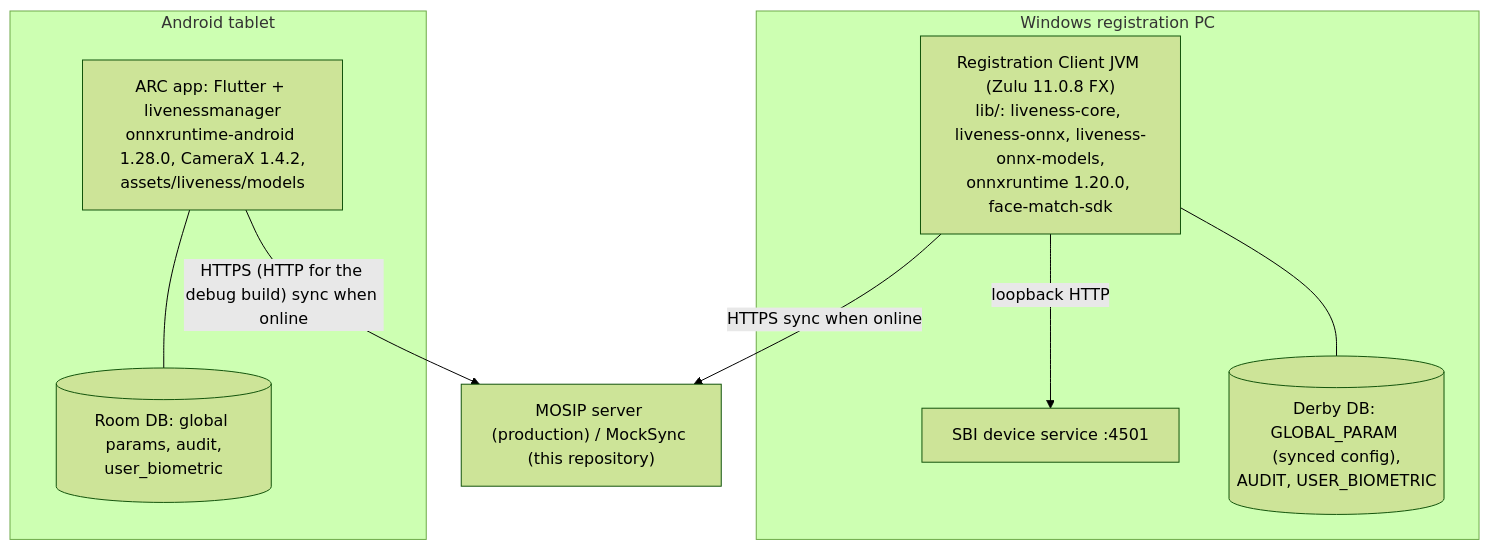
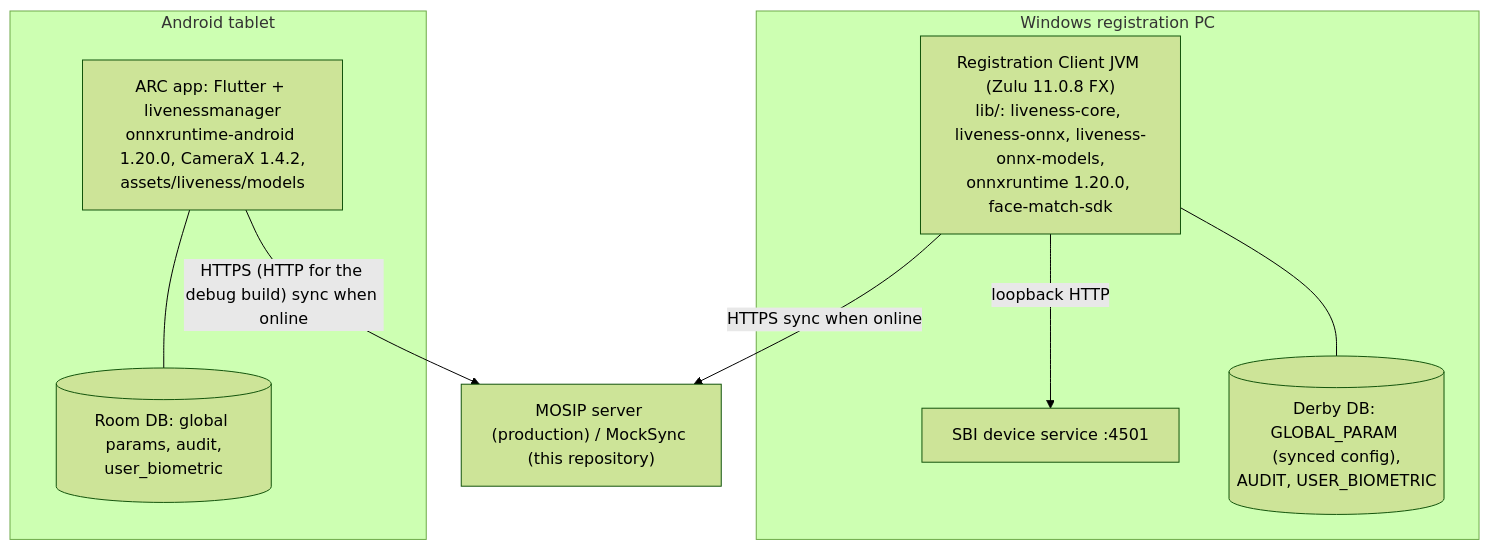
Before and after one commit to Paradox-73/Face_Liveness_Detection_and_Presentation_Attack_Detection: the second of 2 diagrams in docs/design/architecture.md, drawn with Mermaid (forest theme). The commit also changed other lines of this file and 47 other files, not shown here.

````diff
--- a/docs/design/architecture.md
+++ b/docs/design/architecture.md
@@ -102,18 +102,18 @@
 ```mermaid
 flowchart TB
   subgraph PC["Windows registration PC"]
     RCJVM["Registration Client JVM (Zulu 11.0.8 FX)<br/>lib/: liveness-core, liveness-onnx, liveness-onnx-models,<br/>onnxruntime 1.20.0, face-match-sdk"]
     MDSP["SBI device service :4501"]
     DB[("Derby DB: GLOBAL_PARAM (synced config),<br/>AUDIT, USER_BIOMETRIC")]
     RCJVM --- DB
     RCJVM -- loopback HTTP --> MDSP
   end
   subgraph TAB["Android tablet"]
-    ARCAPP["ARC app: Flutter + livenessmanager<br/>onnxruntime-android 1.28.0, CameraX 1.4.2,<br/>assets/liveness/models"]
+    ARCAPP["ARC app: Flutter + livenessmanager<br/>onnxruntime-android 1.20.0, CameraX 1.4.2,<br/>assets/liveness/models"]
     ADB[("Room DB: global params, audit,<br/>user_biometric")]
     ARCAPP --- ADB
   end
   SRV["MOSIP server (production) / MockSync (this repository)"]
   RCJVM -- "HTTPS sync when online" --> SRV
   ARCAPP -- "HTTPS (HTTP for the debug build) sync when online" --> SRV
 ```
````
